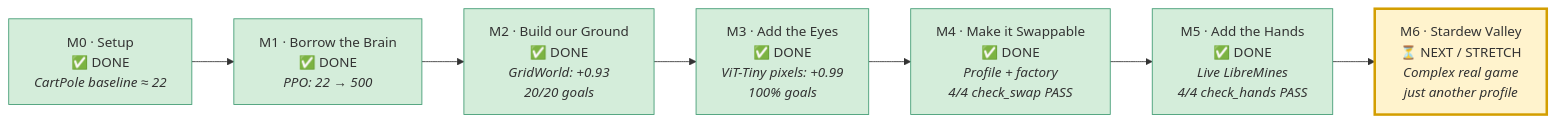
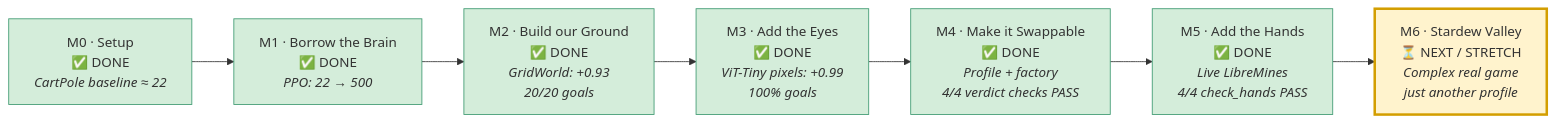
Before and after one commit to Showerss/GameTrainer: the sixth of 6 diagrams in docs/UML_FULL.md, drawn with Mermaid. The commit also changed other lines of this file and 1 other file, not shown here.

````diff
--- a/docs/UML_FULL.md
+++ b/docs/UML_FULL.md
@@ -406,20 +433,20 @@
 ```mermaid
 flowchart LR
     M0["M0 · Setup<br/>✅ DONE<br/><i>CartPole baseline ≈ 22</i>"]
     M1["M1 · Borrow the Brain<br/>✅ DONE<br/><i>PPO: 22 → 500</i>"]
     M2["M2 · Build our Ground<br/>✅ DONE<br/><i>GridWorld: +0.93<br/>20/20 goals</i>"]
     M3["M3 · Add the Eyes<br/>✅ DONE<br/><i>ViT-Tiny pixels: +0.99<br/>100% goals</i>"]
-    M4["M4 · Make it Swappable<br/>✅ DONE<br/><i>Profile + factory<br/>4/4 check_swap PASS</i>"]
+    M4["M4 · Make it Swappable<br/>✅ DONE<br/><i>Profile + factory<br/>4/4 verdict checks PASS</i>"]
     M5["M5 · Add the Hands<br/>✅ DONE<br/><i>Live LibreMines<br/>4/4 check_hands PASS</i>"]
     M6["M6 · Stardew Valley<br/>⏳ NEXT / STRETCH<br/><i>Complex real game<br/>just another profile</i>"]
 
     M0 --> M1 --> M2 --> M3 --> M4 --> M5 --> M6
 
     style M0 fill:#d4edda,stroke:#3d9970
     style M1 fill:#d4edda,stroke:#3d9970
     style M2 fill:#d4edda,stroke:#3d9970
     style M3 fill:#d4edda,stroke:#3d9970
     style M4 fill:#d4edda,stroke:#3d9970
     style M5 fill:#d4edda,stroke:#3d9970
     style M6 fill:#fff3cd,stroke:#d39e00,stroke-width:3px
 ```
````
